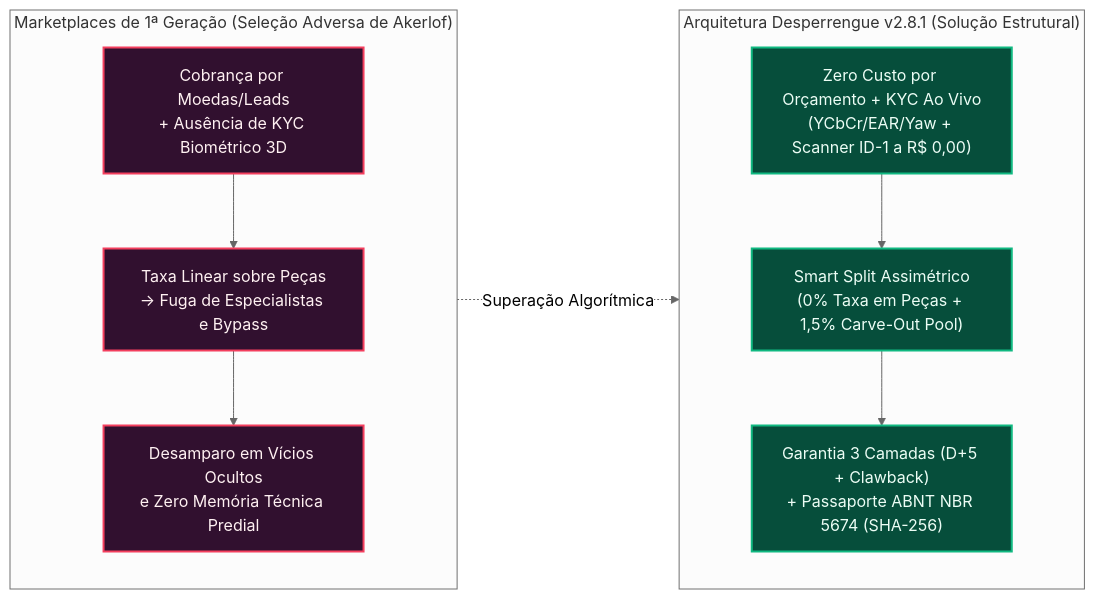
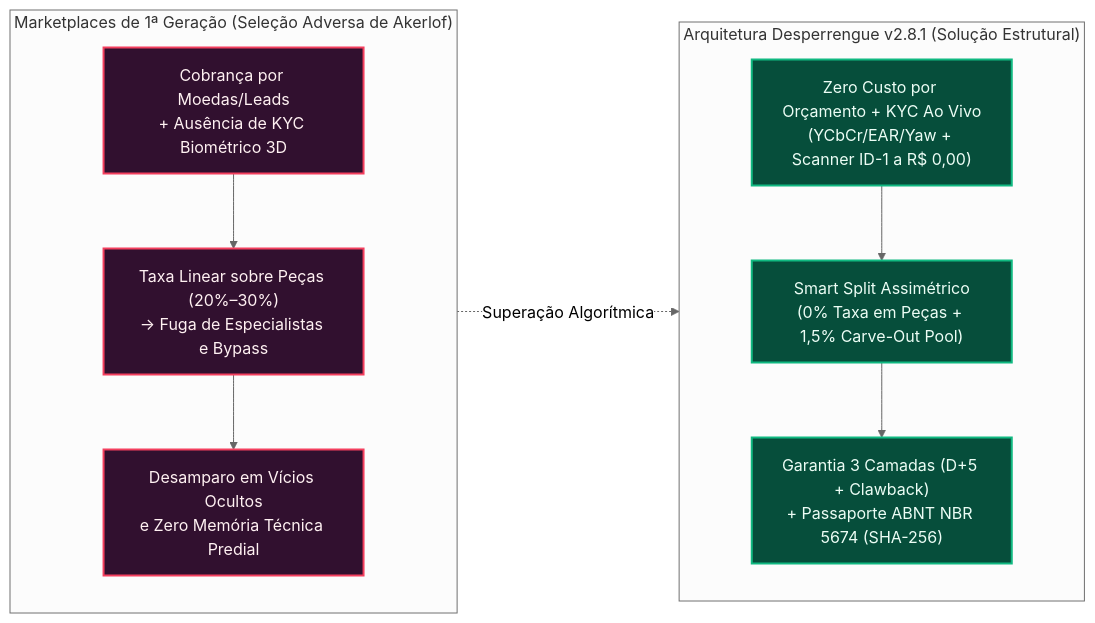
The first of 6 diagrams in docs/Documento de Contexto.md (WagnerxOliveira/DesperrengueApp_TAI3), drawn with Mermaid (neutral theme) before and after one commit. The commit also changed other lines of this file and 8 other files, not shown here.

Commit message:
docs(lean-canvas): design executivo full-width, 5 diagramas/graficos matematicos e correcao definitiva de MathJax no GitHub

````diff
--- a/docs/Documento de Contexto.md
+++ b/docs/Documento de Contexto.md
@@ -20,17 +20,17 @@
 ```mermaid
 flowchart LR
     classDef legacy fill:#31102F,stroke:#F43F5E,stroke-width:2px,color:#FFF1F2;
     classDef desp fill:#064E3B,stroke:#10B981,stroke-width:2px,color:#ECFDF5;
 
     subgraph Legacy["Marketplaces de 1ª Geração (Seleção Adversa de Akerlof)"]
-        L1["Cobrança por Moedas/Leads\n+ Ausência de KYC Biométrico 3D"]:::legacy --> L2["Taxa Linear sobre Peças\n-> Fuga de Especialistas e Bypass"]:::legacy
+        L1["Cobrança por Moedas/Leads\n+ Ausência de KYC Biométrico 3D"]:::legacy --> L2["Taxa Linear sobre Peças (20%–30%)\n-> Fuga de Especialistas e Bypass"]:::legacy
         L2 --> L3["Desamparo em Vícios Ocultos\ne Zero Memória Técnica Predial"]:::legacy
     end
 
     subgraph Desperrengue["Arquitetura Desperrengue v2.8.1 (Solução Estrutural)"]
         D1["Zero Custo por Orçamento + KYC Ao Vivo\n(YCbCr/EAR/Yaw + Scanner ID-1 a R$ 0,00)"]:::desp --> D2["Smart Split Assimétrico\n(0% Taxa em Peças + 1,5% Carve-Out Pool)"]:::desp
         D2 --> D3["Garantia 3 Camadas (D+5 + Clawback)\n+ Passaporte ABNT NBR 5674 (SHA-256)"]:::desp
     end
 
     Legacy -.->|"Superação Algorítmica"| Desperrengue
 ```
````
